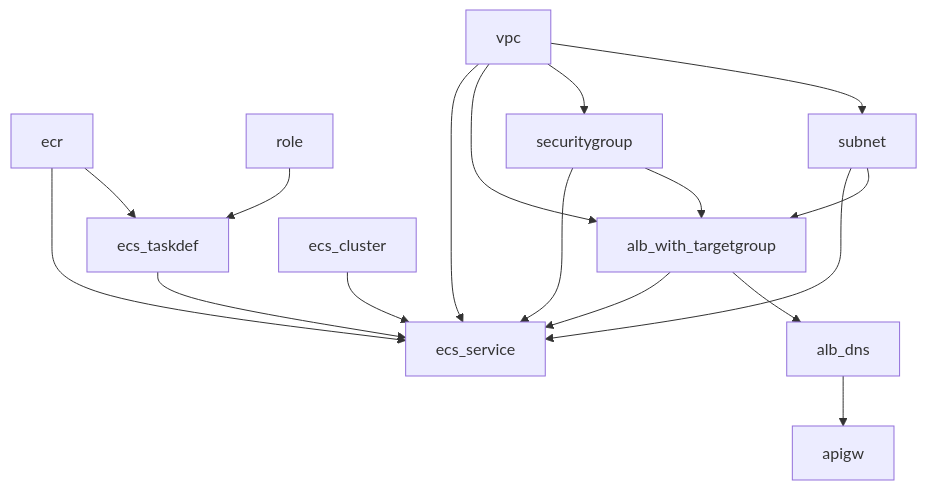
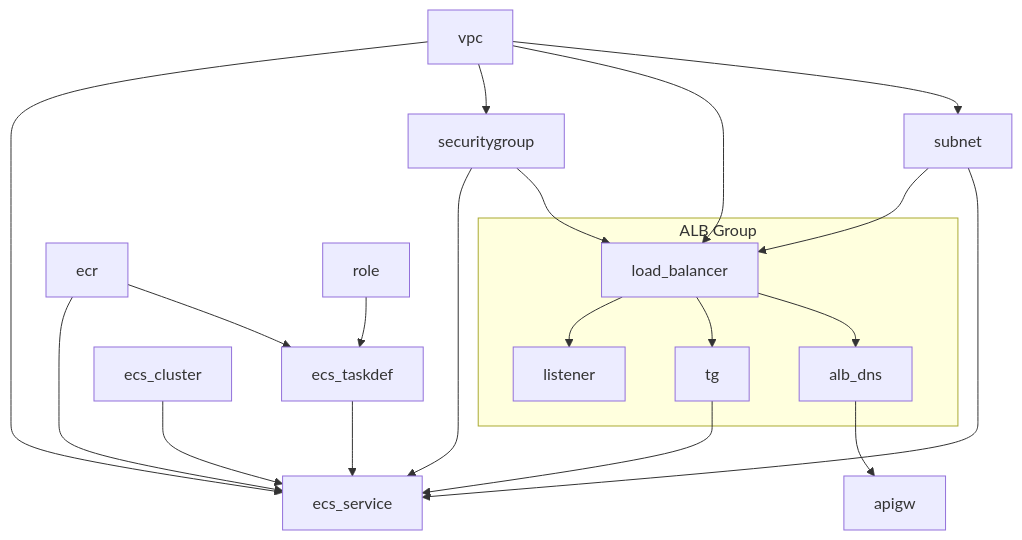
The diagram in doc/infra_dependency.md (devchan64/aws-devops-example), drawn with Mermaid before and after one commit. The commit also changed 3 other files, not shown here.

````diff
--- a/doc/infra_dependency.md
+++ b/doc/infra_dependency.md
@@ -5,15 +5,26 @@
 ```mermaid
 flowchart TD
 ecr --> ecs_taskdef
 role --> ecs_taskdef
-vpc --> subnet --> alb_with_targetgroup --> alb_dns --> apigw
-vpc --> securitygroup --> alb_with_targetgroup
-vpc --> alb_with_targetgroup
-alb_with_targetgroup --> ecs_service
+
+subnet --> ecs_service
+vpc --> subnet --> load_balancer
+
+subgraph alb [ALB Group]
+load_balancer --> alb_dns
+load_balancer --> tg
+load_balancer --> listener
+end
+
+alb_dns --> apigw
+vpc --> load_balancer
+vpc --> securitygroup --> load_balancer
+tg --> ecs_service
+
 ecs_cluster --> ecs_service
 ecs_taskdef --> ecs_service
-subnet --> ecs_service
 vpc --> ecs_service
 securitygroup --> ecs_service
 ecr --> ecs_service
+
 ```
````
